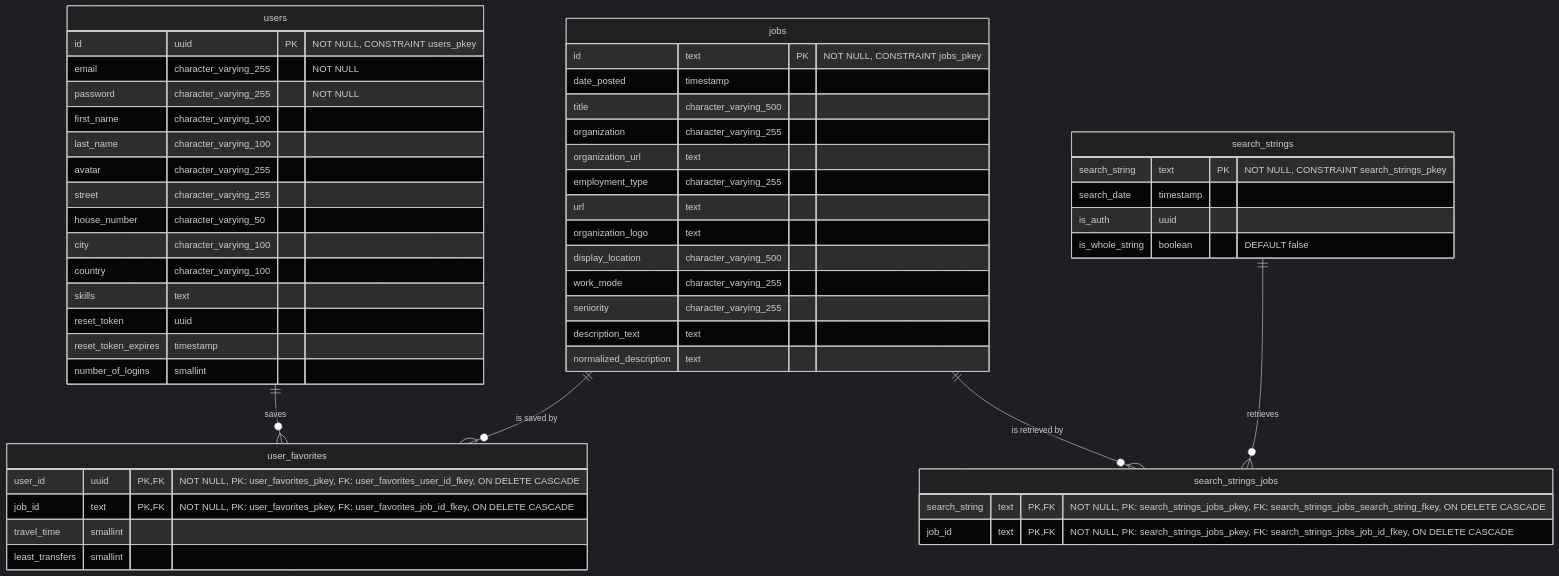
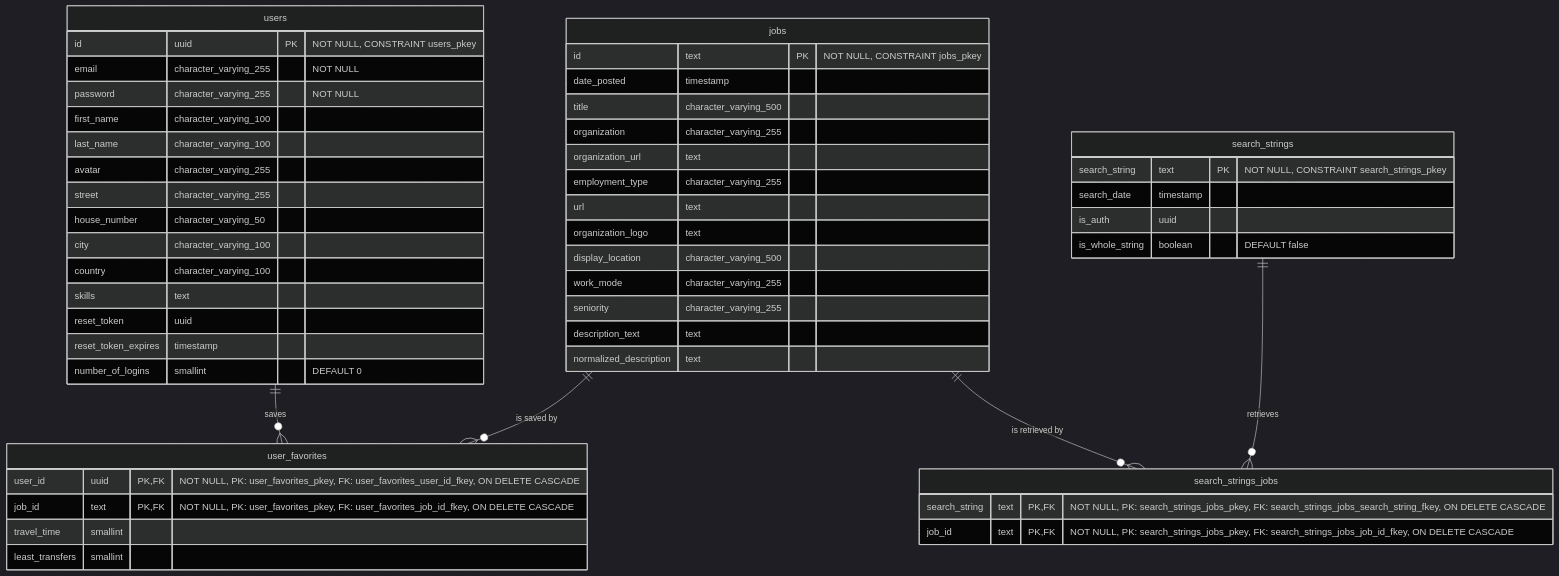
One commit to YahyaAl-Ademi/2025.10.23-JobCompass changed the diagram in documentation/ERD.md. Above: the diagram before and after it, drawn with Mermaid (dark theme). The commit also changed other lines of this file and 1 other file, not shown here.

Commit message:
fix(ERD): update number_of_logins field to default to 0 and clarify activity tracking description

````diff
--- a/documentation/ERD.md
+++ b/documentation/ERD.md
@@ -5,59 +5,59 @@
 ```mermaid
 erDiagram
     users ||--o{ user_favorites : "saves"
     jobs ||--o{ user_favorites : "is saved by"
     search_strings ||--o{ search_strings_jobs : "retrieves"
     jobs ||--o{ search_strings_jobs : "is retrieved by"
 
     users {
         id uuid PK "NOT NULL, CONSTRAINT users_pkey"
         email character_varying_255 "NOT NULL"
         password character_varying_255 "NOT NULL"
         first_name character_varying_100
         last_name character_varying_100
         avatar character_varying_255
         street character_varying_255
         house_number character_varying_50
         city character_varying_100
         country character_varying_100
         skills text
         reset_token uuid
         reset_token_expires timestamp
-        number_of_logins smallint
+        number_of_logins smallint "DEFAULT 0"
     }
 
     jobs {
         id text PK "NOT NULL, CONSTRAINT jobs_pkey"
         date_posted timestamp
         title character_varying_500
         organization character_varying_255
         organization_url text
         employment_type character_varying_255
         url text
         organization_logo text
         display_location character_varying_500
         work_mode character_varying_255
         seniority character_varying_255
         description_text text
         normalized_description text
     }
 
     user_favorites {
         user_id uuid PK,FK "NOT NULL, PK: user_favorites_pkey, FK: user_favorites_user_id_fkey, ON DELETE CASCADE"
         job_id text PK,FK "NOT NULL, PK: user_favorites_pkey, FK: user_favorites_job_id_fkey, ON DELETE CASCADE"
         travel_time smallint
         least_transfers smallint
     }
 
     search_strings {
         search_string text PK "NOT NULL, CONSTRAINT search_strings_pkey"
         search_date timestamp
         is_auth uuid
         is_whole_string boolean "DEFAULT false"
     }
 
     search_strings_jobs {
         search_string text PK,FK "NOT NULL, PK: search_strings_jobs_pkey, FK: search_strings_jobs_search_string_fkey, ON DELETE CASCADE"
         job_id text PK,FK "NOT NULL, PK: search_strings_jobs_pkey, FK: search_strings_jobs_job_id_fkey, ON DELETE CASCADE"
     }
 ```
````
